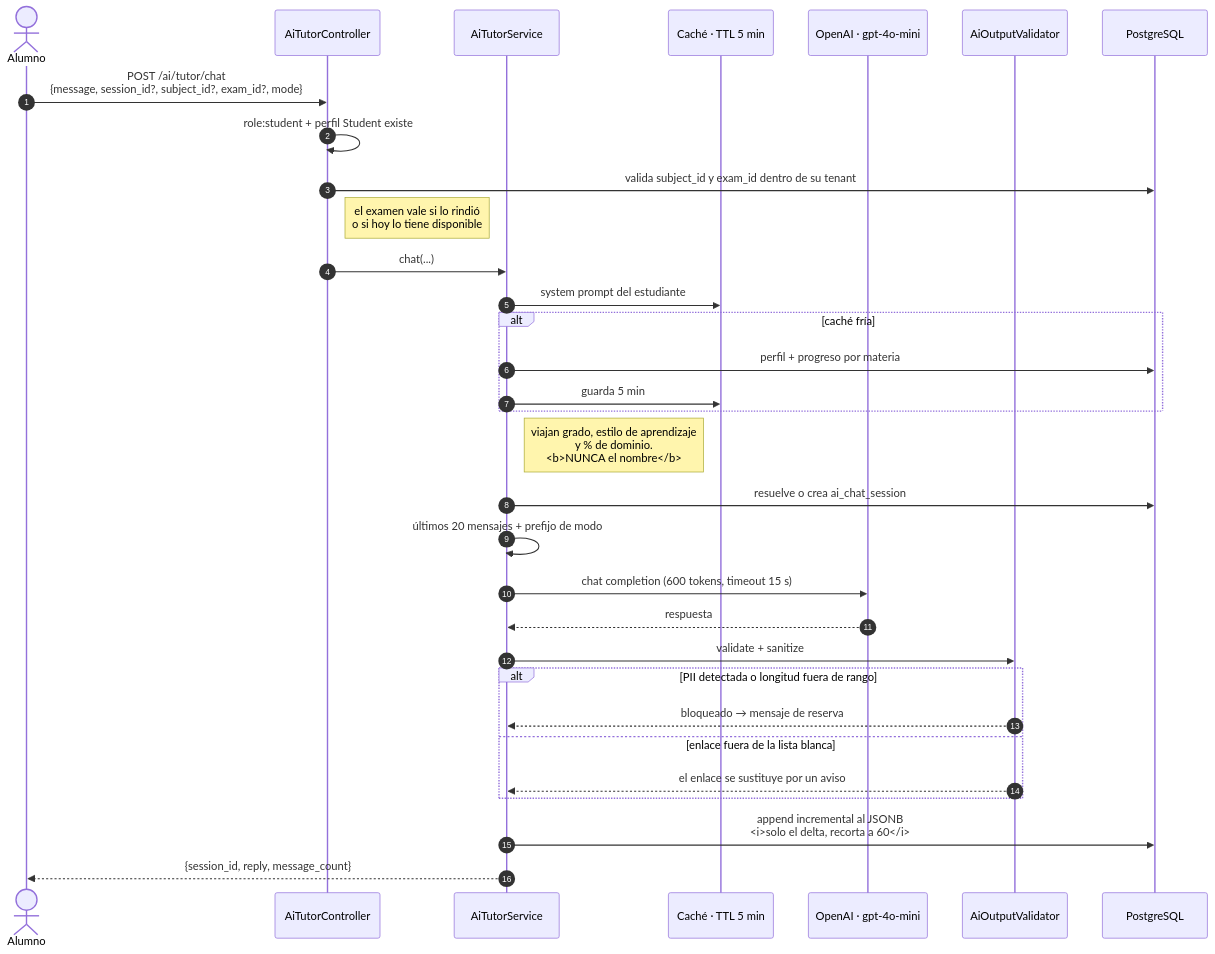
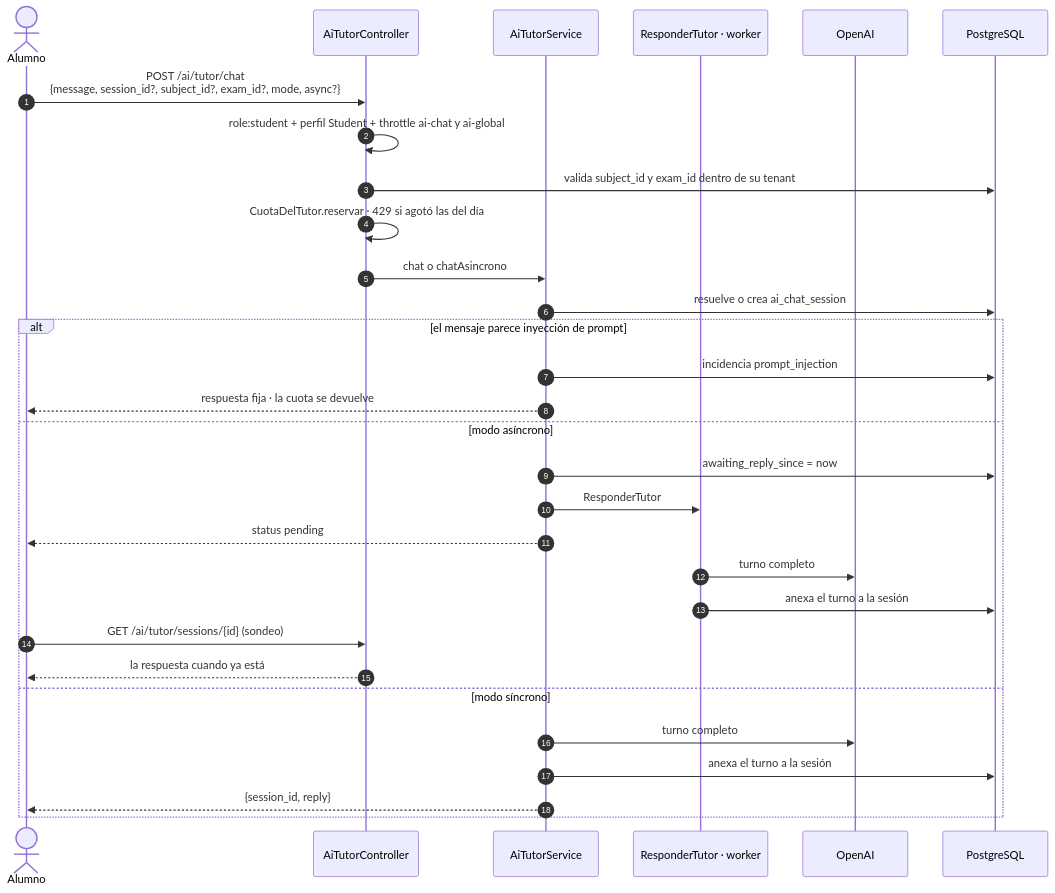
One commit to Infil505/NeoEduCore-Back changed diagram 15 of 19 in docs/DIAGRAMAS.md. Above: the diagram before and after it, drawn with Mermaid. The commit also changed other lines of this file and 25 other files, not shown here.

````diff
--- a/docs/DIAGRAMAS.md
+++ b/docs/DIAGRAMAS.md
@@ -945,39 +1116,34 @@
 ```mermaid
 sequenceDiagram
     autonumber
     actor Alumno
     participant Ctrl as AiTutorController
     participant Svc as AiTutorService
-    participant Cache as Caché · TTL 5 min
-    participant OA as OpenAI · gpt-4o-mini
-    participant Val as AiOutputValidator
+    participant Cola as ResponderTutor · worker
+    participant OA as OpenAI
     participant DB as PostgreSQL
 
-    Alumno->>Ctrl: POST /ai/tutor/chat<br/>{message, session_id?, subject_id?, exam_id?, mode}
-    Ctrl->>Ctrl: role:student + perfil Student existe
+    Alumno->>Ctrl: POST /ai/tutor/chat<br/>{message, session_id?, subject_id?, exam_id?, mode, async?}
+    Ctrl->>Ctrl: role:student + perfil Student + throttle ai-chat y ai-global
     Ctrl->>DB: valida subject_id y exam_id dentro de su tenant
-    note right of Ctrl: el examen vale si lo rindió<br/>o si hoy lo tiene disponible
+    Ctrl->>Ctrl: CuotaDelTutor.reservar · 429 si agotó las del día
 
-    Ctrl->>Svc: chat(...)
-    Svc->>Cache: system prompt del estudiante
-    alt caché fría
-        Svc->>DB: perfil + progreso por materia
-        Svc->>Cache: guarda 5 min
+    Ctrl->>Svc: chat o chatAsincrono
+    Svc->>DB: resuelve o crea ai_chat_session
+    alt el mensaje parece inyección de prompt
+        Svc->>DB: incidencia prompt_injection
+        Svc-->>Alumno: respuesta fija · la cuota se devuelve
+    else modo asíncrono
+        Svc->>DB: awaiting_reply_since = now
+        Svc->>Cola: ResponderTutor
+        Svc-->>Alumno: status pending
+        Cola->>OA: turno completo
+        Cola->>DB: anexa el turno a la sesión
+        Alumno->>Ctrl: GET /ai/tutor/sessions/{id} (sondeo)
+        Ctrl-->>Alumno: la respuesta cuando ya está
+    else modo síncrono
+        Svc->>OA: turno completo
+        Svc->>DB: anexa el turno a la sesión
+        Svc-->>Alumno: {session_id, reply}
     end
-    note right of Svc: viajan grado, estilo de aprendizaje<br/>y % de dominio.<br/><b>NUNCA el nombre</b>
-
-    Svc->>DB: resuelve o crea ai_chat_session
-    Svc->>Svc: últimos 20 mensajes + prefijo de modo
-    Svc->>OA: chat completion (600 tokens, timeout 15 s)
-
-    OA-->>Svc: respuesta
-    Svc->>Val: validate + sanitize
-    alt PII detectada o longitud fuera de rango
-        Val-->>Svc: bloqueado → mensaje de reserva
-    else enlace fuera de la lista blanca
-        Val-->>Svc: el enlace se sustituye por un aviso
-    end
-
-    Svc->>DB: append incremental al JSONB<br/><i>solo el delta, recorta a 60</i>
-    Svc-->>Alumno: {session_id, reply, message_count}
 ```
````
